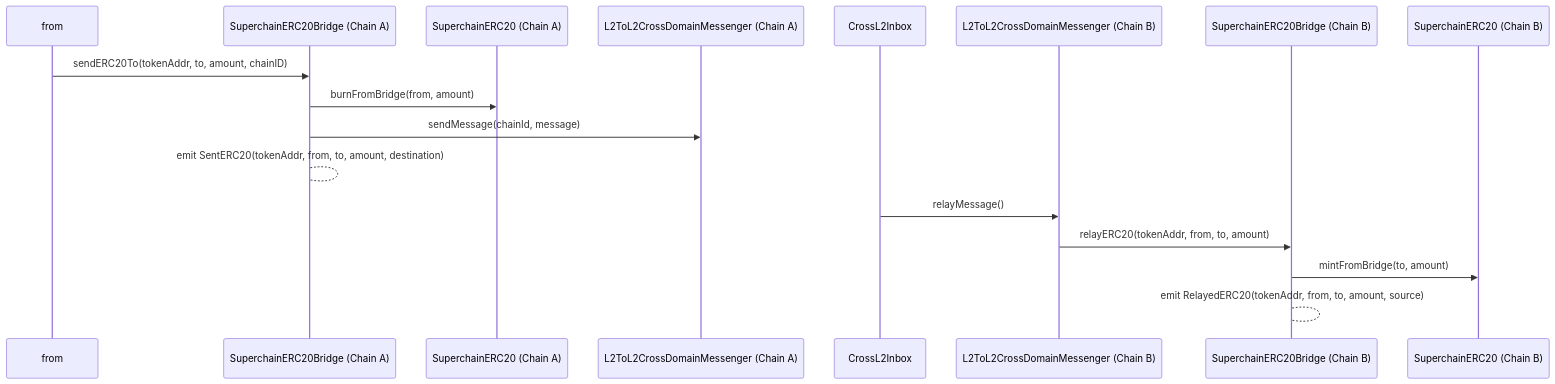
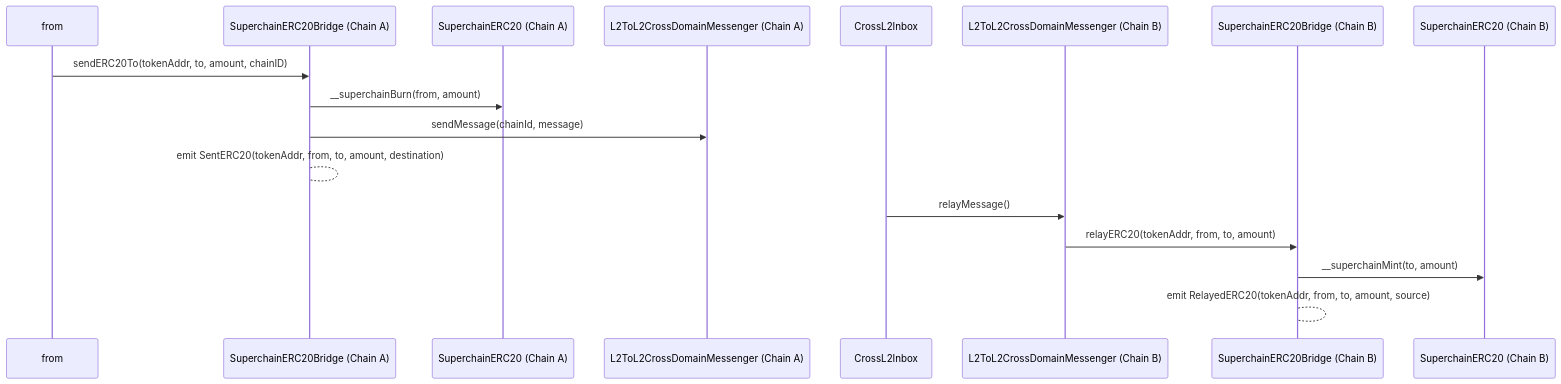
One commit to ethereum-optimism/specs changed the third of 3 diagrams in specs/interop/predeploys.md. Above: the diagram before and after it, drawn with Mermaid. The commit also changed other lines of this file and 1 other file, not shown here.

Commit message:
feat: changed interface function names from mint(burn)FromBridge to __superchainMint(Burn)

````diff
--- a/specs/interop/predeploys.md
+++ b/specs/interop/predeploys.md
@@ -906,20 +906,20 @@
 ```mermaid
 sequenceDiagram
   participant from
   participant L2SBA as SuperchainERC20Bridge (Chain A)
   participant SuperERC20_A as SuperchainERC20 (Chain A)
   participant Messenger_A as L2ToL2CrossDomainMessenger (Chain A)
   participant Inbox as CrossL2Inbox
   participant Messenger_B as L2ToL2CrossDomainMessenger (Chain B)
   participant L2SBB as SuperchainERC20Bridge (Chain B)
   participant SuperERC20_B as SuperchainERC20 (Chain B)
 
   from->>L2SBA: sendERC20To(tokenAddr, to, amount, chainID)
-  L2SBA->>SuperERC20_A: burnFromBridge(from, amount)
+  L2SBA->>SuperERC20_A: __superchainBurn(from, amount)
   L2SBA->>Messenger_A: sendMessage(chainId, message)
   L2SBA-->L2SBA: emit SentERC20(tokenAddr, from, to, amount, destination)
   Inbox->>Messenger_B: relayMessage()
   Messenger_B->>L2SBB: relayERC20(tokenAddr, from, to, amount)
-  L2SBB->>SuperERC20_B: mintFromBridge(to, amount)
+  L2SBB->>SuperERC20_B: __superchainMint(to, amount)
   L2SBB-->L2SBB: emit RelayedERC20(tokenAddr, from, to, amount, source)
 ```
````
